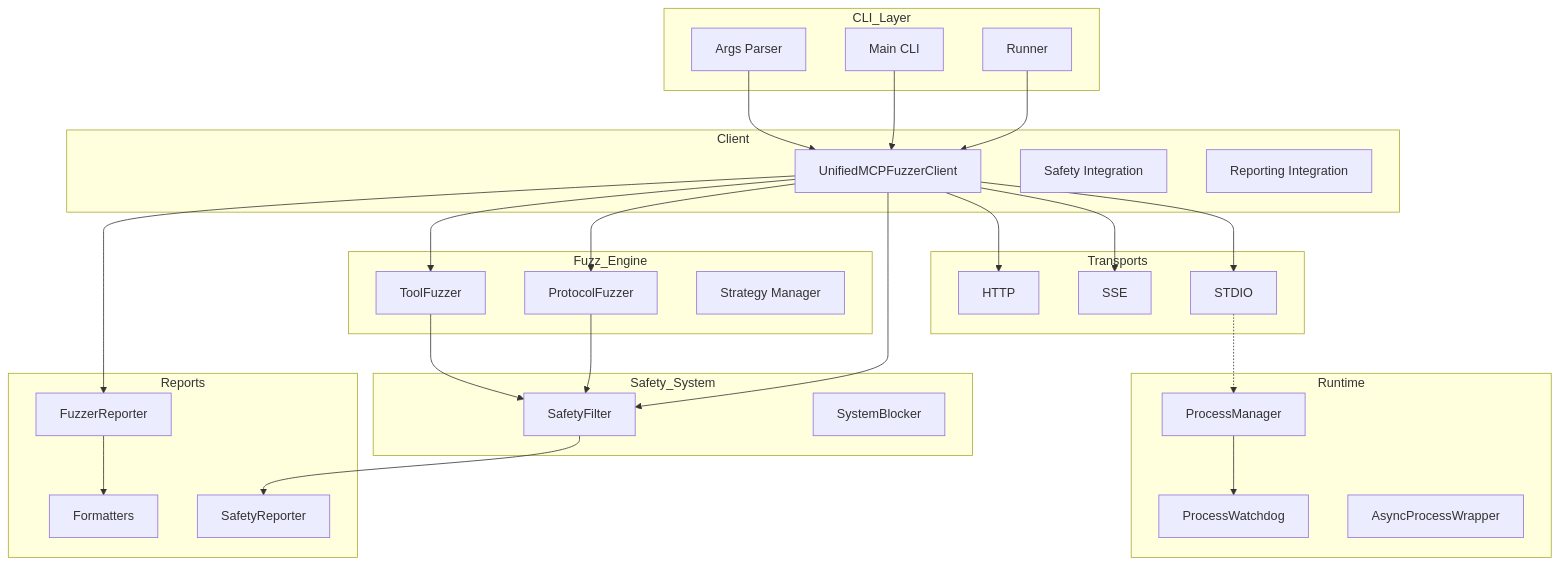
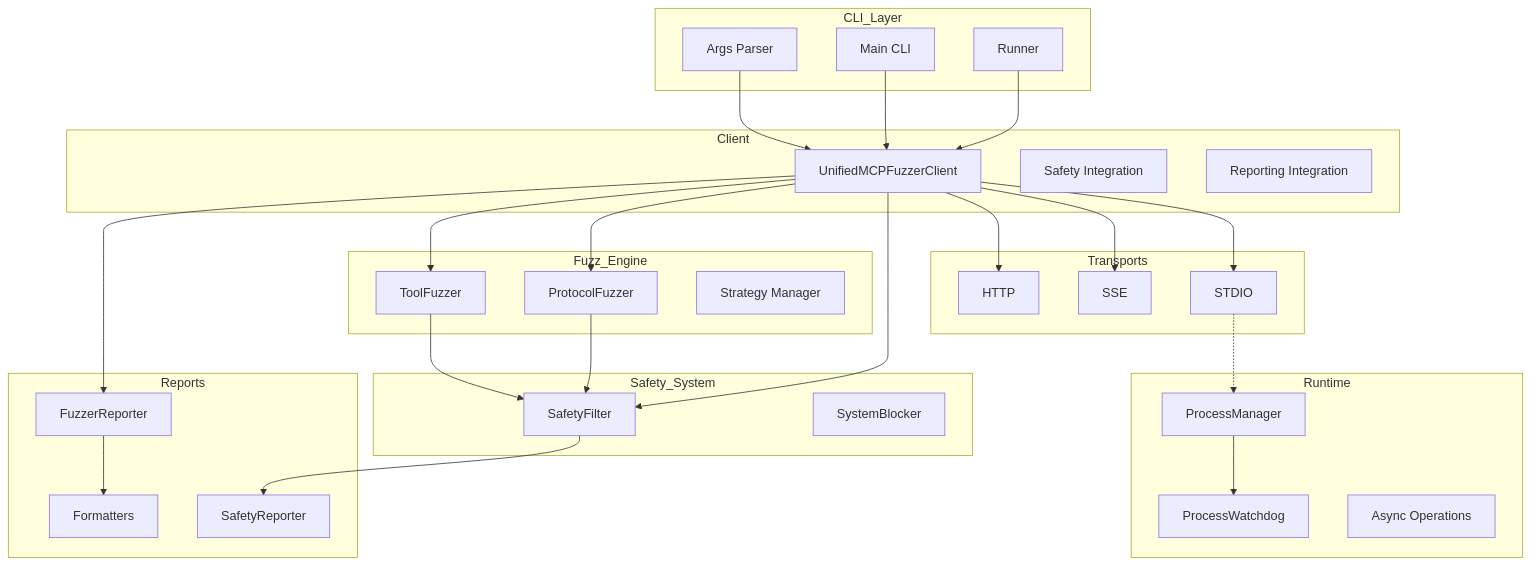
The first of 5 diagrams in docs/architecture.md (Agent-Hellboy/mcp-server-fuzzer), drawn with Mermaid before and after one commit. The commit also changed 11 other files, not shown here.

````diff
--- a/docs/architecture.md
+++ b/docs/architecture.md
@@ -18,64 +18,64 @@
 ```mermaid
 flowchart TB
   subgraph CLI_Layer
     A1[Args Parser]
     A2[Main CLI]
     A3[Runner]
   end
 
   subgraph Client
     B1[UnifiedMCPFuzzerClient]
     B2[Safety Integration]
     B3[Reporting Integration]
   end
 
   subgraph Transports
     C1[HTTP]
     C2[SSE]
     C3[STDIO]
   end
 
   subgraph Fuzz_Engine
     D1[ToolFuzzer]
     D2[ProtocolFuzzer]
     D3[Strategy Manager]
   end
 
   subgraph Runtime
     R1[ProcessManager]
     R2[ProcessWatchdog]
-    R3[AsyncProcessWrapper]
+    R3[Async Operations]
   end
 
   subgraph Safety_System
     E1[SafetyFilter]
     E2[SystemBlocker]
   end
 
   subgraph Reports
     F1[FuzzerReporter]
     F2[Formatters]
     F3[SafetyReporter]
   end
 
   A1 --> B1
   A2 --> B1
   A3 --> B1
 
   B1 --> C1
   B1 --> C2
   B1 --> C3
   B1 --> D1
   B1 --> D2
   B1 --> F1
 
   D1 --> E1
   D2 --> E1
 
   C3 -.-> R1
   R1 --> R2
 
   B1 --> E1
   E1 --> F3
   F1 --> F2
 ```
````
